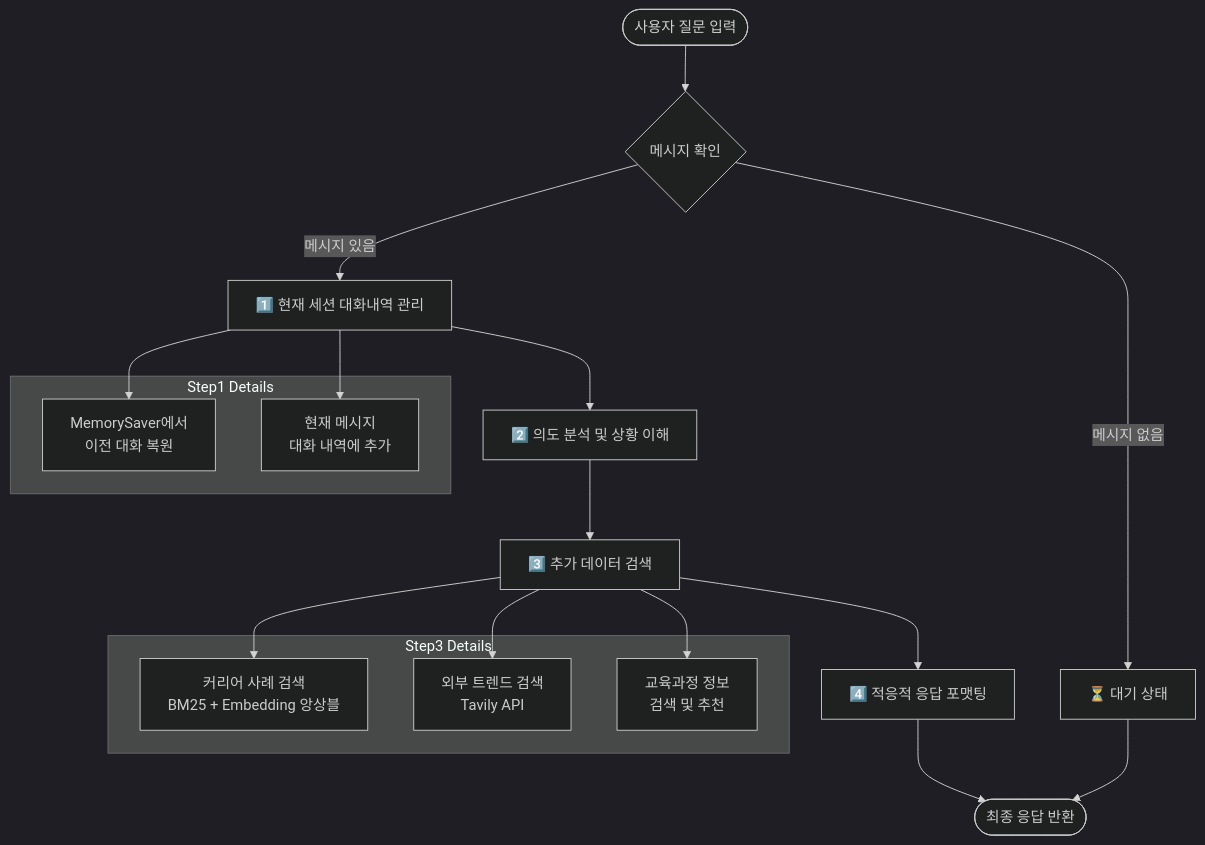
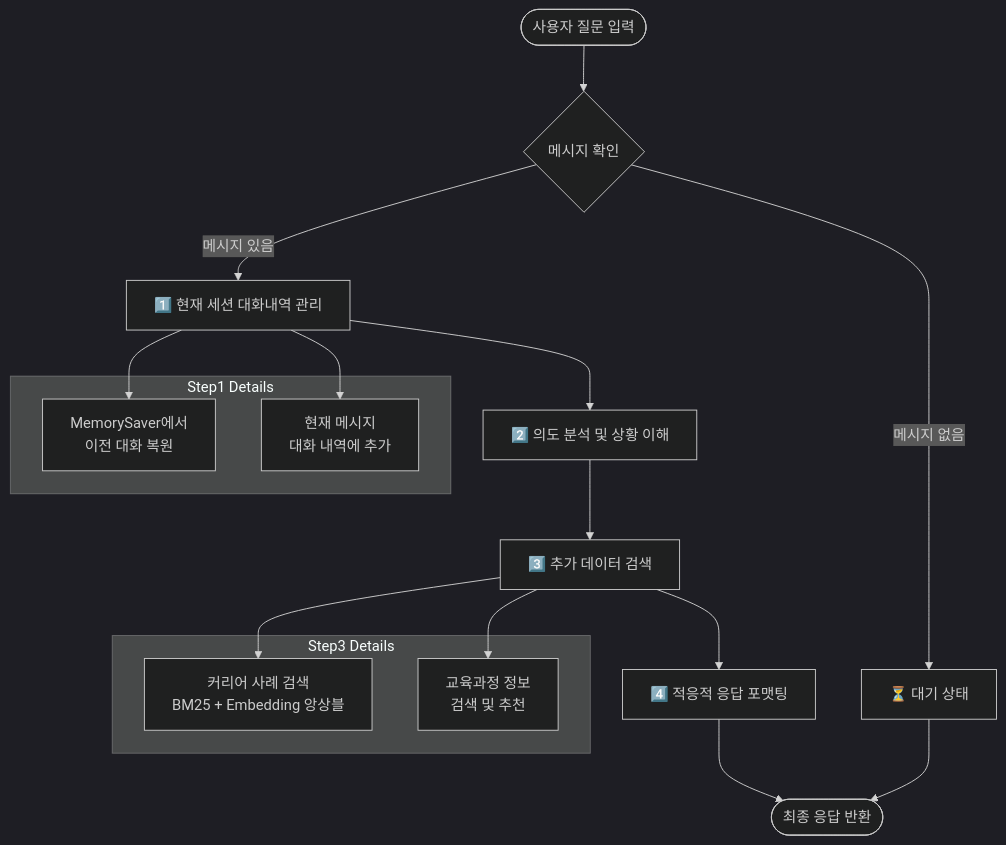
Before and after one commit to SK4toB/g-navi-ai-api: the second of 3 diagrams in README.md, drawn with Mermaid (dark theme). The commit also changed other lines of this file and 8 other files, not shown here.

````diff
--- a/README.md
+++ b/README.md
@@ -84,29 +84,27 @@
 ```mermaid
 flowchart TD
     Start([사용자 질문 입력]) --> Check{메시지 확인}
     Check -->|메시지 있음| Step1[1️⃣ 현재 세션 대화내역 관리]
     Check -->|메시지 없음| Wait[⏳ 대기 상태]
     
     Step1 --> Step2[2️⃣ 의도 분석 및 상황 이해]
     Step2 --> Step3[3️⃣ 추가 데이터 검색]
     Step3 --> Step4[4️⃣ 적응적 응답 포맷팅]
     Step4 --> End([최종 응답 반환])
     Wait --> End
     
     subgraph "Step1 Details"
         Step1A[MemorySaver에서<br/>이전 대화 복원]
         Step1B[현재 메시지<br/>대화 내역에 추가]
     end
     
     subgraph "Step3 Details"
         Step3A[커리어 사례 검색<br/>BM25 + Embedding 앙상블]
-        Step3B[외부 트렌드 검색<br/>Tavily API]
         Step3C[교육과정 정보<br/>검색 및 추천]
     end
     
     Step1 --> Step1A
     Step1 --> Step1B
     Step3 --> Step3A
-    Step3 --> Step3B
     Step3 --> Step3C
 ```
````
